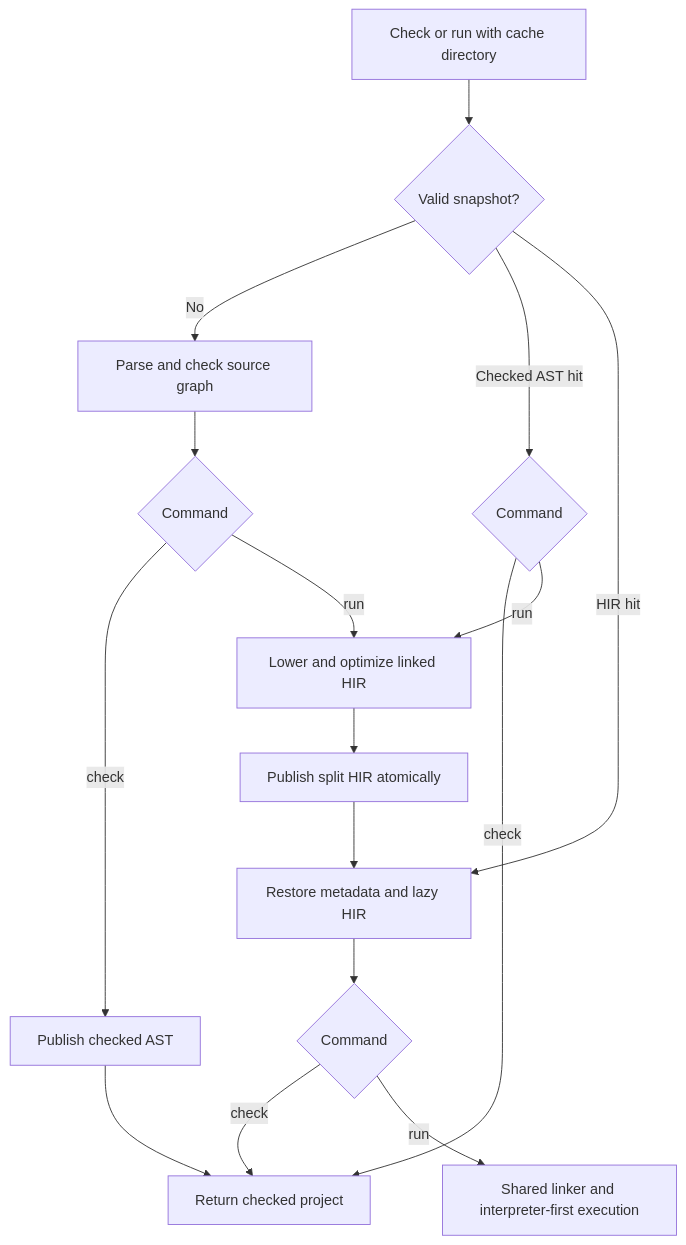
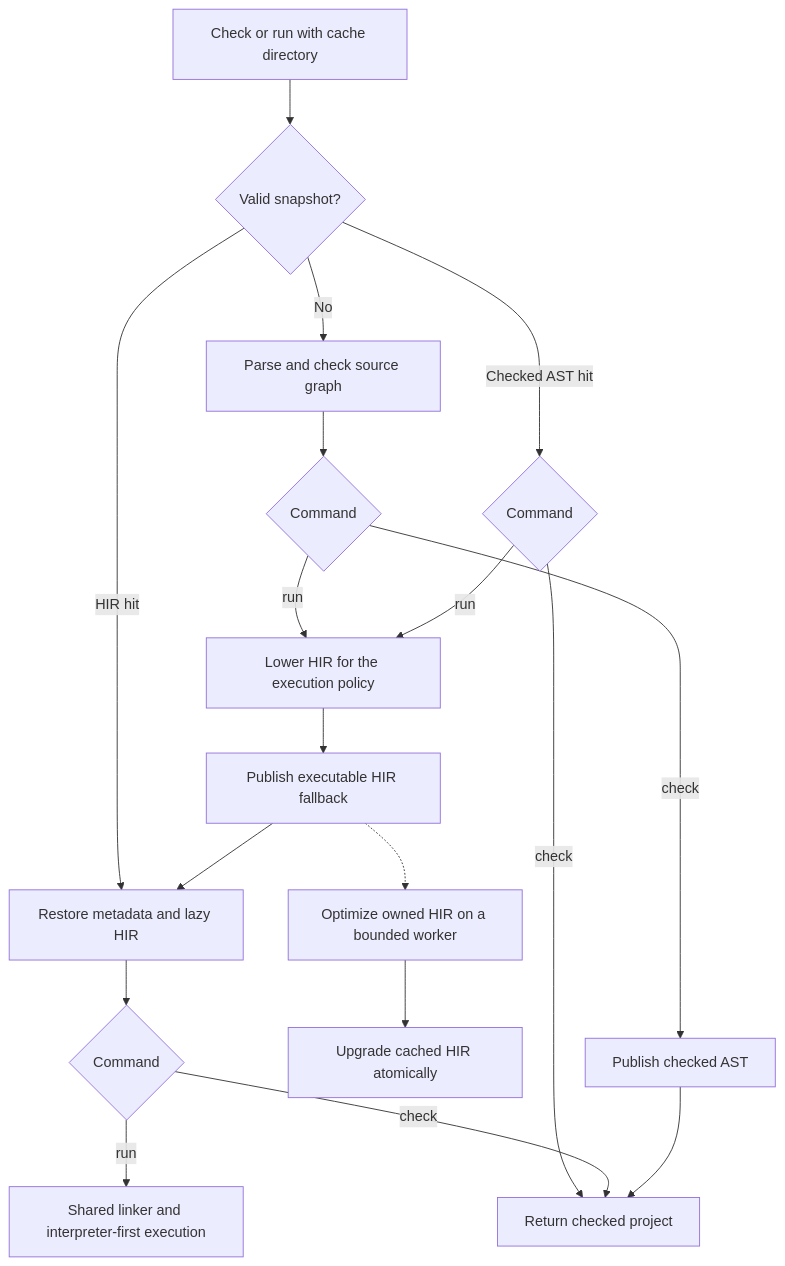
Before and after one commit to zyntax-project/zyntax: the second of 2 diagrams in docs/language-integrations/typescript/architecture.md, drawn with Mermaid. The commit also changed other lines of this file and 12 other files, not shown here.

First line of the commit message:
Snapshot: prepare execution caches with cancellable workers

````diff
--- a/docs/language-integrations/typescript/architecture.md
+++ b/docs/language-integrations/typescript/architecture.md
@@ -66,18 +66,20 @@
 ```mermaid
 flowchart TD
     Request[Check or run with cache directory] --> Validate{Valid snapshot?}
     Validate -->|No| Check[Parse and check source graph]
     Check --> Mode{Command}
     Mode -->|check| AST[Publish checked AST]
-    Mode -->|run| Prepare[Lower and optimize linked HIR]
+    Mode -->|run| Prepare[Lower HIR for the execution policy]
     Validate -->|Checked AST hit| CachedMode{Command}
     CachedMode -->|check| Done[Return checked project]
     CachedMode -->|run| Prepare
     Validate -->|HIR hit| Restore[Restore metadata and lazy HIR]
-    Prepare --> Publish[Publish split HIR atomically]
-    Publish --> Restore
+    Prepare --> Fallback[Publish executable HIR fallback]
+    Fallback --> Restore
+    Fallback -.-> Worker[Optimize owned HIR on a bounded worker]
+    Worker --> Publish[Upgrade cached HIR atomically]
     Restore --> Command{Command}
     Command -->|check| Done
     Command -->|run| Runtime[Shared linker and interpreter-first execution]
     AST --> Done
 ```
````
